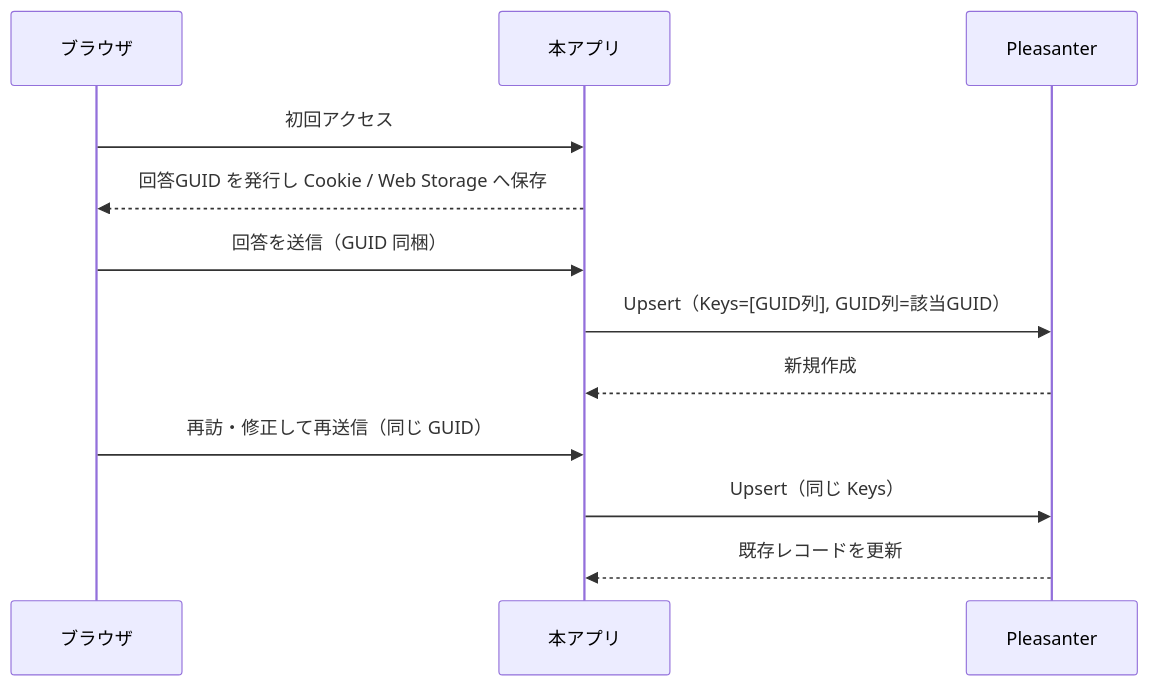
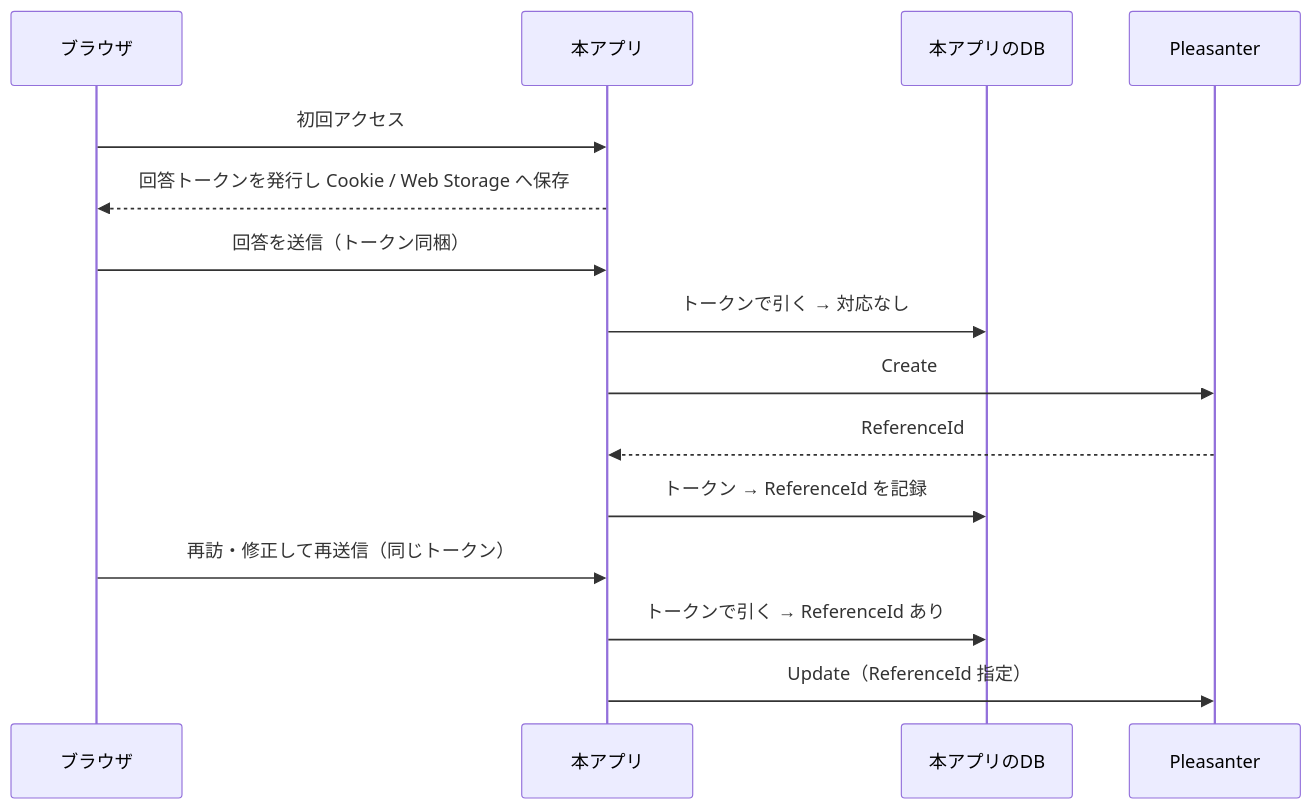
One commit to vehiclevisionjp/VehicleVision.PleasanterTools.Questionnaire changed the third of 5 diagrams in _documents/アーキテクチャ方針.md. Above: the diagram before and after it, drawn with Mermaid. The commit also changed other lines of this file and 6 other files, not shown here.

````diff
--- a/_documents/アーキテクチャ方針.md
+++ b/_documents/アーキテクチャ方針.md
@@ -334,15 +518,18 @@
 ```mermaid
 sequenceDiagram
     participant B as ブラウザ
     participant A as 本アプリ
+    participant D as 本アプリのDB
     participant P as Pleasanter
 
     B->>A: 初回アクセス
-    A-->>B: 回答GUID を発行し Cookie / Web Storage へ保存
-    B->>A: 回答を送信（GUID 同梱）
-    A->>P: Upsert（Keys=[GUID列], GUID列=該当GUID）
-    P-->>A: 新規作成
-    B->>A: 再訪・修正して再送信（同じ GUID）
-    A->>P: Upsert（同じ Keys）
-    P-->>A: 既存レコードを更新
+    A-->>B: 回答トークンを発行し Cookie / Web Storage へ保存
+    B->>A: 回答を送信（トークン同梱）
+    A->>D: トークンで引く → 対応なし
+    A->>P: Create
+    P-->>A: ReferenceId
+    A->>D: トークン → ReferenceId を記録
+    B->>A: 再訪・修正して再送信（同じトークン）
+    A->>D: トークンで引く → ReferenceId あり
+    A->>P: Update（ReferenceId 指定）
 ```
````
